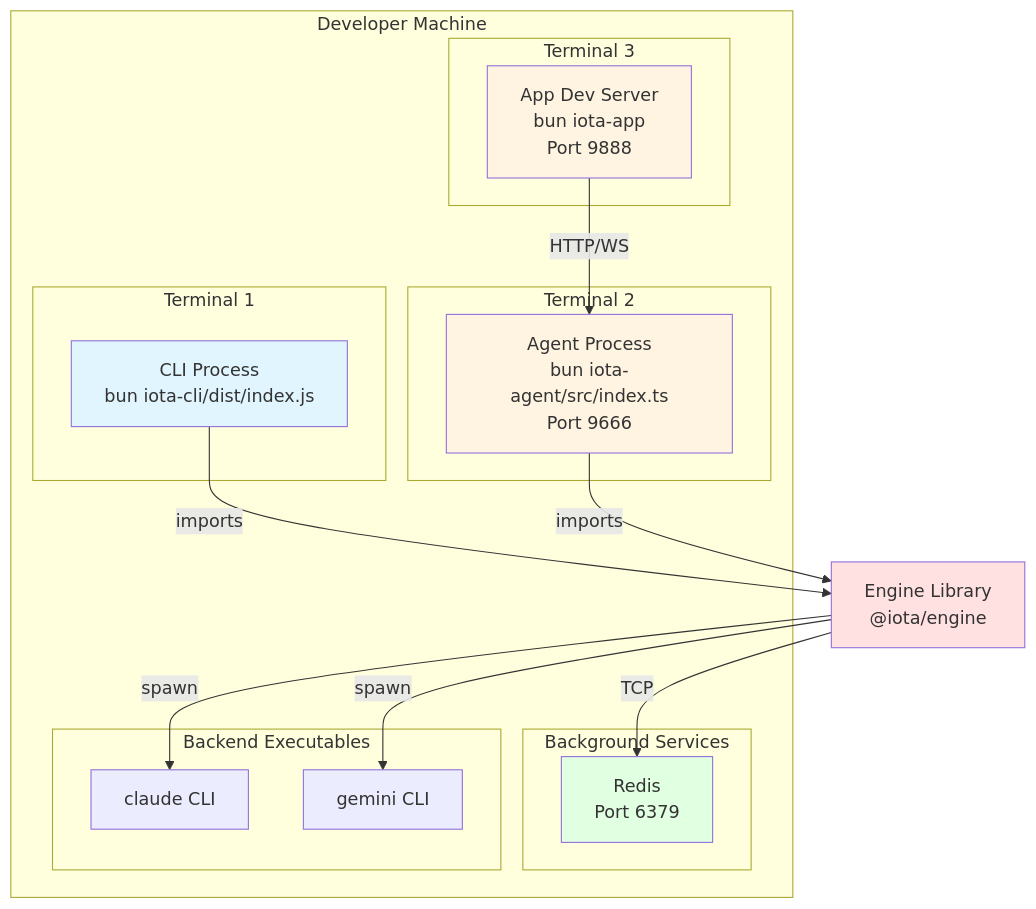
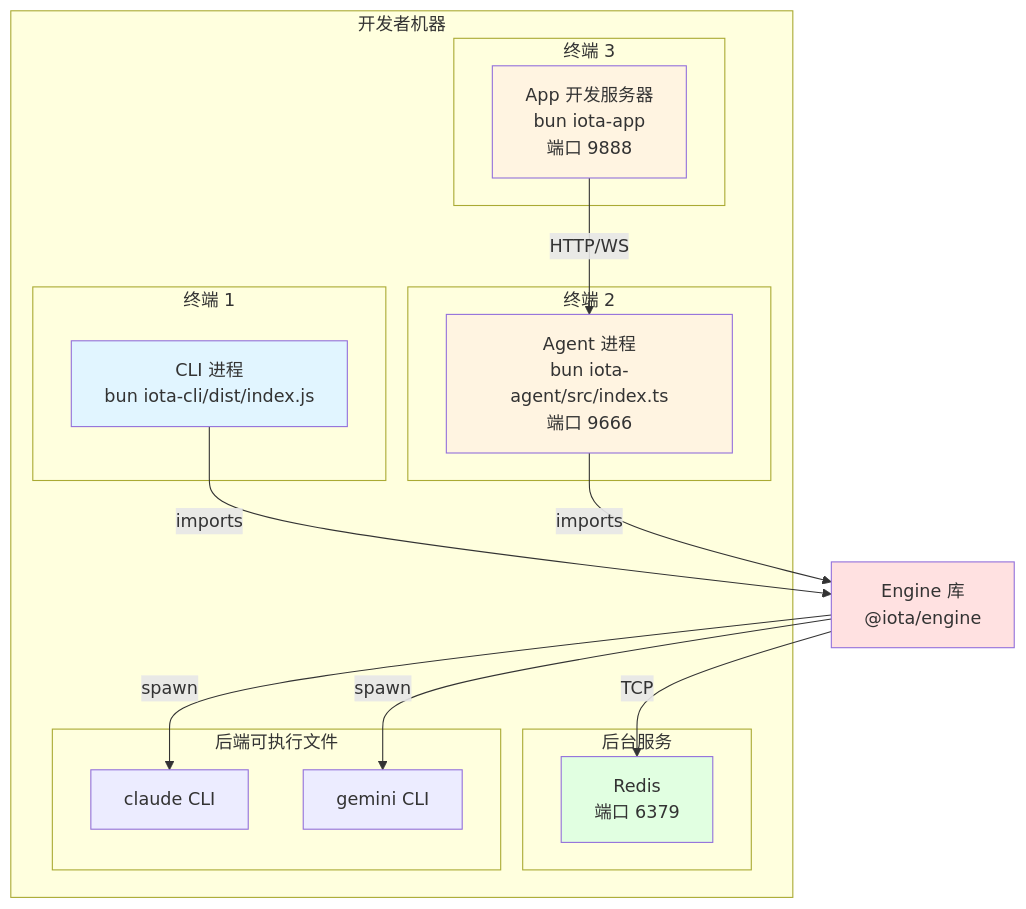
The fifth of 6 diagrams in docs/guides/00-architecture-overview.md (feuyeux/iota), drawn with Mermaid before and after one commit. The commit also changed other lines of this file and 66 other files, not shown here.

````diff
--- a/docs/guides/00-architecture-overview.md
+++ b/docs/guides/00-architecture-overview.md
@@ -932,38 +908,38 @@
 ```mermaid
 graph TB
-    subgraph "Developer Machine"
-        subgraph "Terminal 1"
-            CLI[CLI Process<br/>bun iota-cli/dist/index.js]
+    subgraph "开发者机器"
+        subgraph "终端 1"
+            CLI[CLI 进程<br/>bun iota-cli/dist/index.js]
         end
-        
-        subgraph "Terminal 2"
-            Agent[Agent Process<br/>bun iota-agent/src/index.ts<br/>Port 9666]
+
+        subgraph "终端 2"
+            Agent[Agent 进程<br/>bun iota-agent/src/index.ts<br/>端口 9666]
         end
-        
-        subgraph "Terminal 3"
-            App[App Dev Server<br/>bun iota-app<br/>Port 9888]
+
+        subgraph "终端 3"
+            App[App 开发服务器<br/>bun iota-app<br/>端口 9888]
         end
-        
-        subgraph "Background Services"
-            Redis[Redis<br/>Port 6379]
+
+        subgraph "后台服务"
+            Redis[Redis<br/>端口 6379]
         end
-        
-        subgraph "Backend Executables"
+
+        subgraph "后端可执行文件"
             Claude[claude CLI]
             Gemini[gemini CLI]
         end
     end
-    
-    CLI -->|imports| Engine[Engine Library<br/>@iota/engine]
+
+    CLI -->|imports| Engine[Engine 库<br/>@iota/engine]
     Agent -->|imports| Engine
     Engine -->|TCP| Redis
     Engine -->|spawn| Claude
     Engine -->|spawn| Gemini
     App -->|HTTP/WS| Agent
-    
+
     style CLI fill:#e1f5ff
     style Agent fill:#fff4e1
     style App fill:#fff4e1
     style Engine fill:#ffe1e1
     style Redis fill:#e1ffe1
 ```
````
